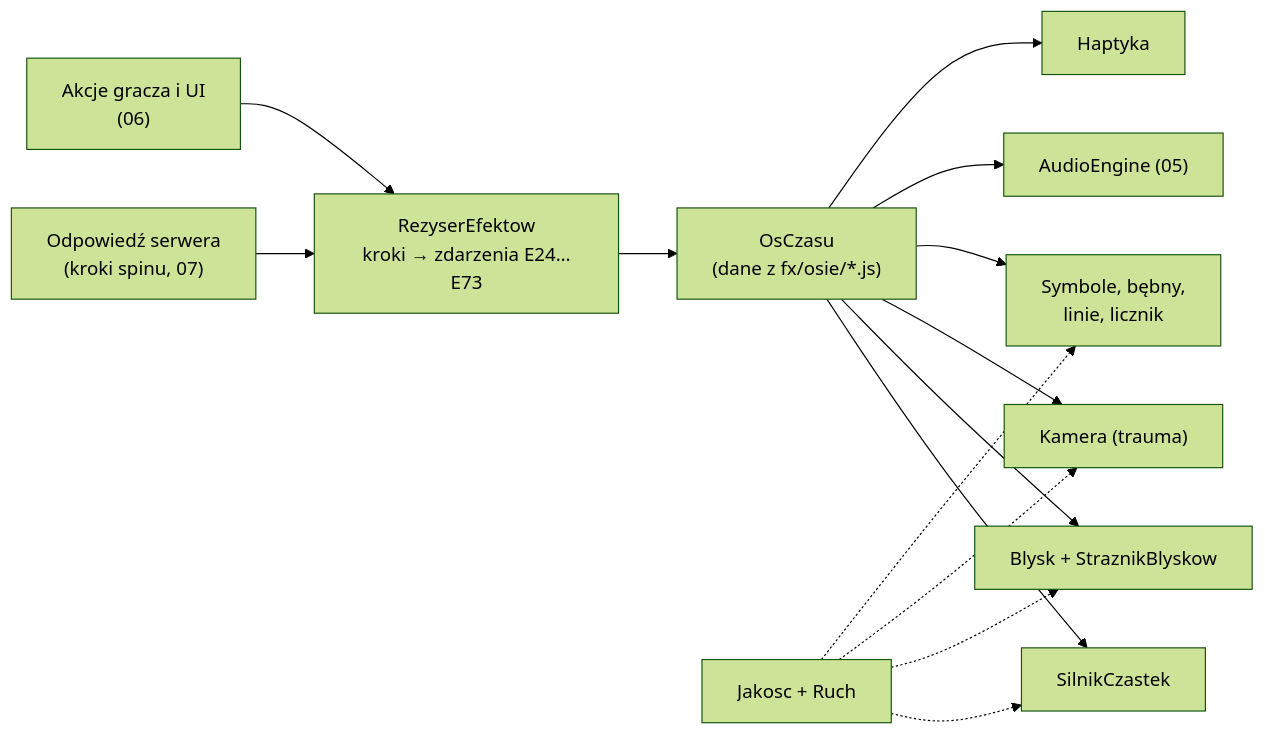
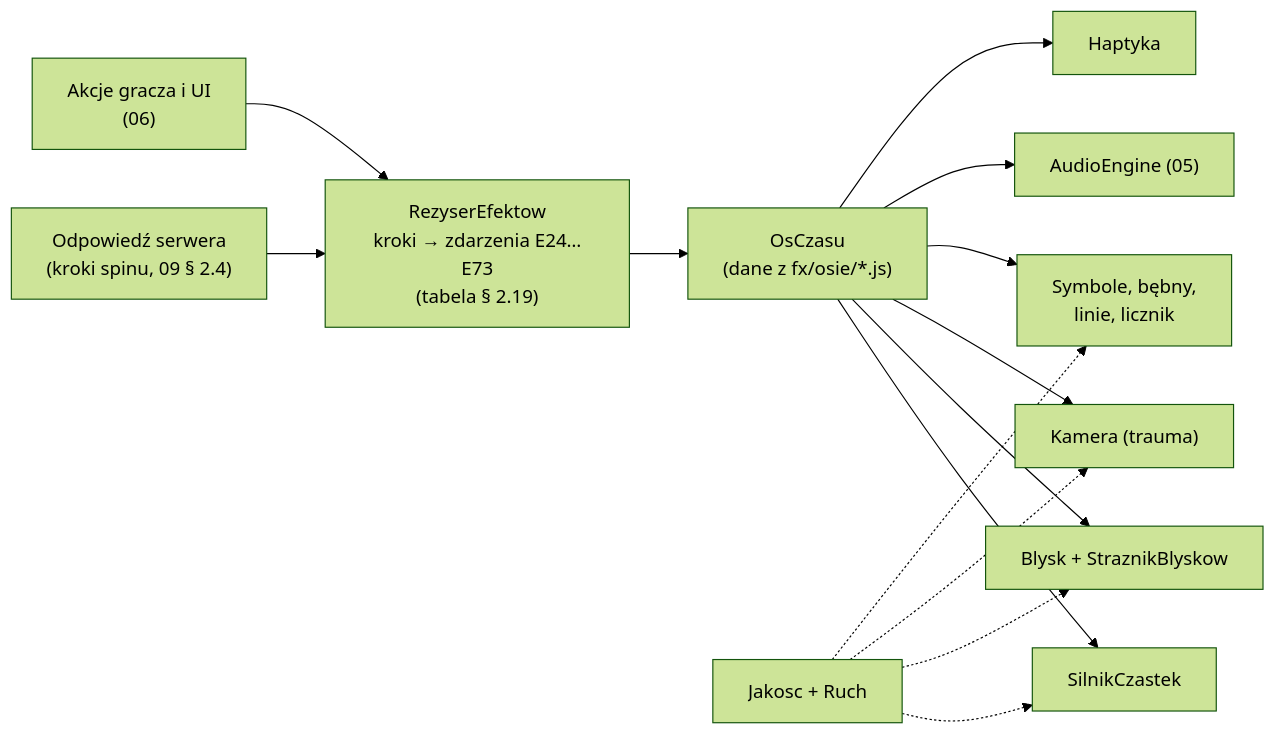
One commit to CasinoPlayer/Symulator-Kasyna changed the first of 4 diagrams in docs/projekt/04-efekty-wizualne.md. Above: the diagram before and after it, drawn with Mermaid (forest theme). The commit also changed other lines of this file and 9 other files, not shown here.

````diff
--- a/docs/projekt/04-efekty-wizualne.md
+++ b/docs/projekt/04-efekty-wizualne.md
@@ -218,13 +235,13 @@
 ```mermaid
 flowchart LR
-  API["Odpowiedź serwera<br/>(kroki spinu, 07)"] --> R["RezyserEfektow<br/>kroki → zdarzenia E24…E73"]
+  API["Odpowiedź serwera<br/>(kroki spinu, 09 § 2.4)"] --> R["RezyserEfektow<br/>kroki → zdarzenia E24…E73<br/>(tabela § 2.19)"]
   UI["Akcje gracza i UI<br/>(06)"] --> R
   R --> O["OsCzasu<br/>(dane z fx/osie/*.js)"]
   O --> C["SilnikCzastek"]
   O --> B["Blysk + StraznikBlyskow"]
   O --> K["Kamera (trauma)"]
   O --> S["Symbole, bębny,<br/>linie, licznik"]
   O --> D["AudioEngine (05)"]
   O --> H["Haptyka"]
   J["Jakosc + Ruch"] -.-> C & B & K & S
 ```
````
